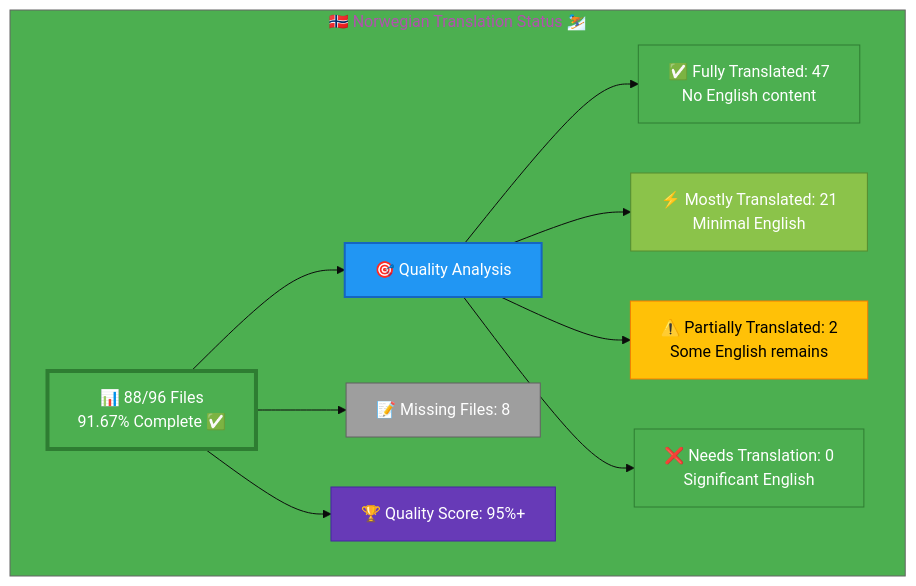
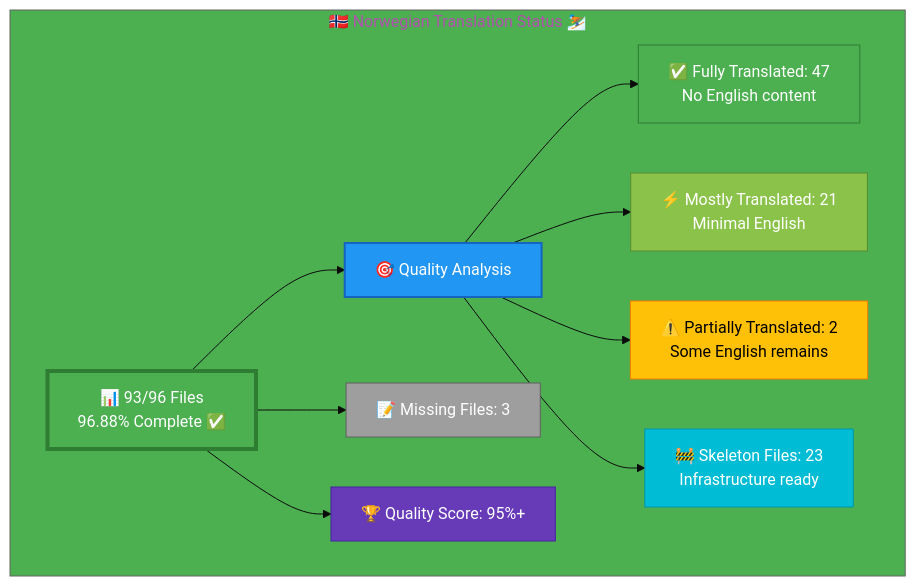
The diagram in Norwegian-Translation-Status.md (Hack23/homepage), drawn with Mermaid before and after one commit. The commit also changed other lines of this file and 5 other files, not shown here.

````diff
--- a/Norwegian-Translation-Status.md
+++ b/Norwegian-Translation-Status.md
@@ -12,26 +12,26 @@
 ```mermaid
 %%{init: {'theme':'base', 'themeVariables': {'primaryColor':'#4CAF50','secondaryColor':'#2196F3','tertiaryColor':'#4CAF50','fontSize':'16px'}}}%%
 graph TB
     subgraph "🇳🇴 Norwegian Translation Status ⛷️"
-        A["📊 88/96 Files<br/>91.67% Complete ✅ "]
+        A["📊 93/96 Files<br/>96.88% Complete ✅ "]
         
         A --> B["🎯 Quality Analysis"]
         B --> C["✅ Fully Translated: 47<br/>No English content"]
         B --> D["⚡ Mostly Translated: 21<br/>Minimal English"]
         B --> E["⚠️  Partially Translated: 2<br/>Some English remains"]
-        B --> F["❌ Needs Translation: 0<br/>Significant English"]
+        B --> F["🚧 Skeleton Files: 23<br/>Infrastructure ready"]
         
-        A --> G["📝 Missing Files: 8"]
+        A --> G["📝 Missing Files: 3"]
         
         A --> H["🏆 Quality Score: 95%+"]
         
         style A fill:#4CAF50,stroke:#2E7D32,color:#fff,stroke-width:4px
         style B fill:#2196F3,stroke:#1565C0,color:#fff,stroke-width:2px
         style C fill:#4CAF50,stroke:#2E7D32,color:#fff
         style D fill:#8BC34A,stroke:#558B2F,color:#fff
         style E fill:#FFC107,stroke:#F57C00,color:#000
-        style F fill:#4CAF50,stroke:#2E7D32,color:#fff
+        style F fill:#00BCD4,stroke:#0097A7,color:#fff
         style G fill:#9E9E9E,stroke:#616161,color:#fff
         style H fill:#673AB7,stroke:#4527A0,color:#fff
     end
 ```
````
